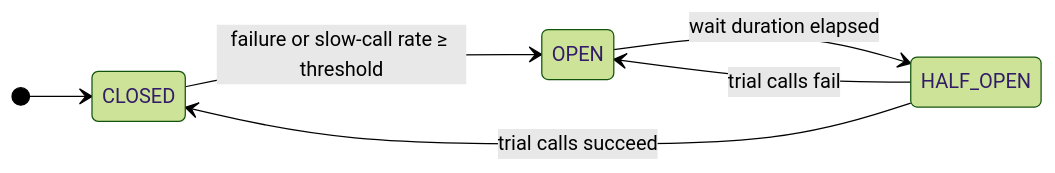
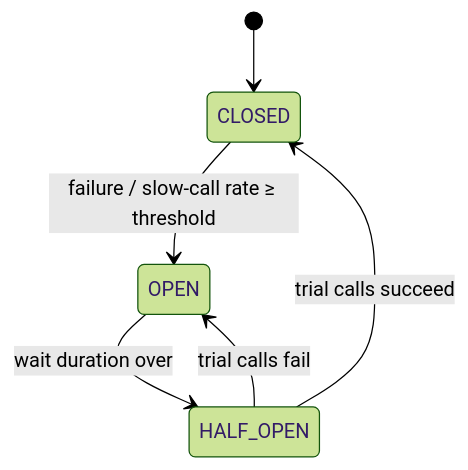
One commit to dhaval-76/engineering-field-guide changed the diagram in src/content/topics/distributed-systems/resilience-patterns/diagrams/circuit-breaker-states.mmd. Above: the diagram before and after it, drawn with Mermaid (forest theme). The commit also changed 7 other files, not shown here.

Commit message:
Distributed systems: diagrams redrawn or restructured for phones

```diff
--- a/src/content/topics/distributed-systems/resilience-patterns/diagrams/circuit-breaker-states.mmd
+++ b/src/content/topics/distributed-systems/resilience-patterns/diagrams/circuit-breaker-states.mmd
@@ -1,7 +1,7 @@
 stateDiagram-v2
-  direction LR
+  direction TB
   [*] --> CLOSED
-  CLOSED --> OPEN: failure or slow-call rate ≥ threshold
-  OPEN --> HALF_OPEN: wait duration elapsed
+  CLOSED --> OPEN: failure / slow-call rate ≥ threshold
+  OPEN --> HALF_OPEN: wait duration over
   HALF_OPEN --> CLOSED: trial calls succeed
   HALF_OPEN --> OPEN: trial calls fail
```
